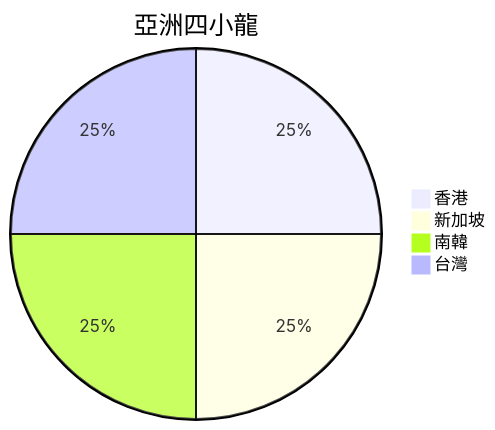
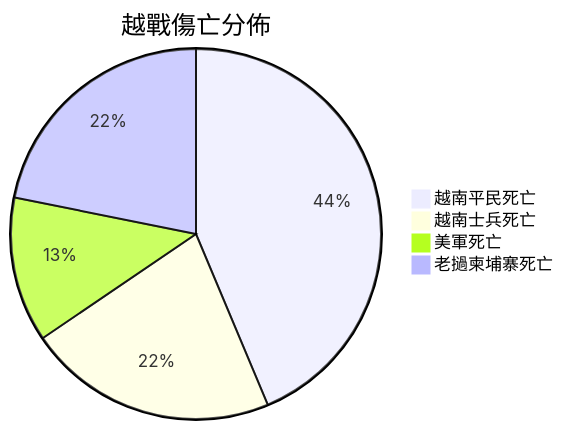
One commit to yip-lgtm/HKU-Harvard-History-Self-Study changed the second of 5 diagrams in 01_HKU_Courses/HIST2192_Modern_Southeast_Asia.md. Above: the diagram before and after it, drawn with Mermaid. The commit also changed other lines of this file and 22 other files, not shown here.

````diff
--- a/01_HKU_Courses/HIST2192_Modern_Southeast_Asia.md
+++ b/01_HKU_Courses/HIST2192_Modern_Southeast_Asia.md
@@ -142,7 +278,7 @@
 ```mermaid
-pie title 亞洲四小龍
-    "香港" : 25
-    "新加坡" : 25
-    "南韓" : 25
-    "台灣" : 25
+pie title 越戰傷亡分佈
+    "越南平民死亡" : 200
+    "越南士兵死亡" : 100
+    "美軍死亡" : 58
+    "老撾柬埔寨死亡" : 100
 ```
````
